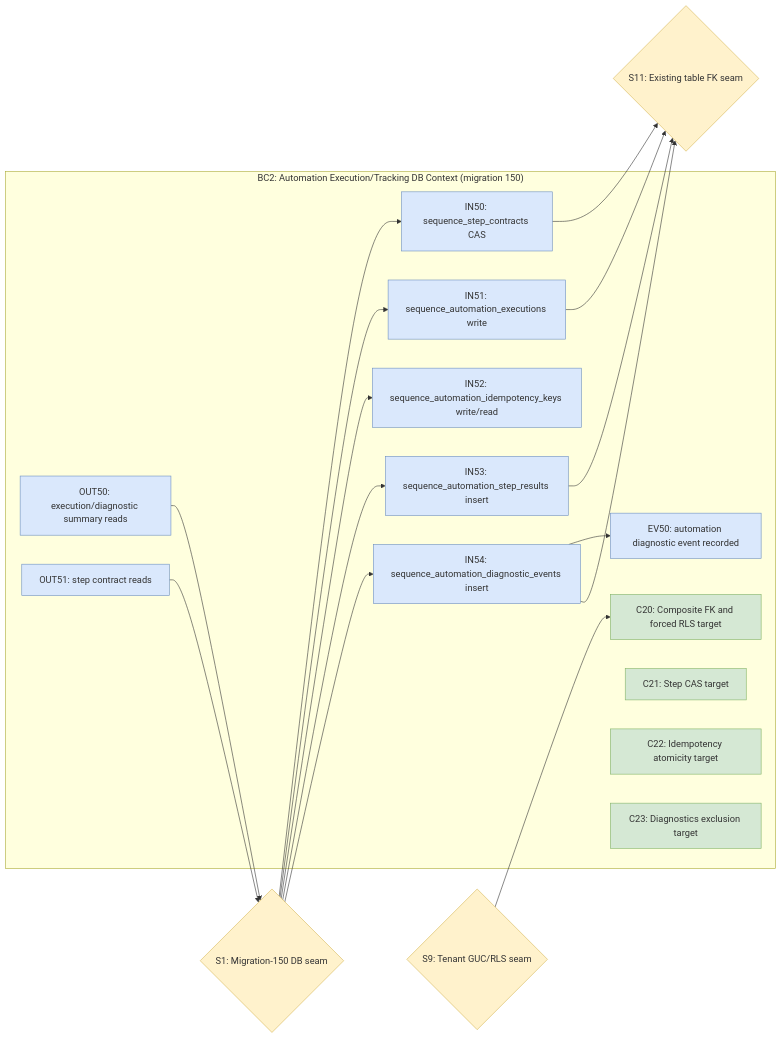
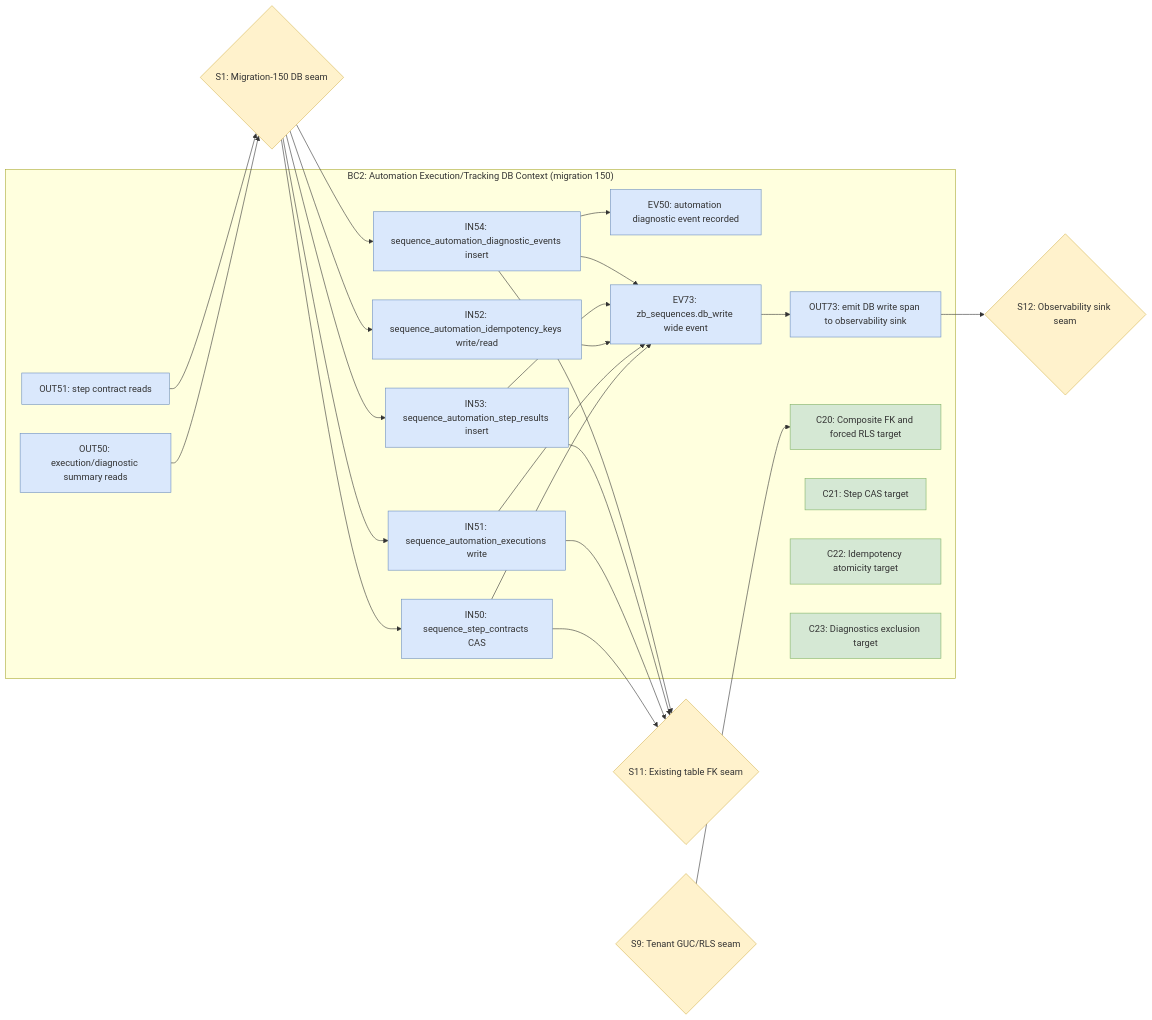
The fourth of 6 diagrams in thoughts/searchable/shared/plans/2026-07-10-zb-sequences-v1-bridge-spec.md (tha-hammer/zigBrowser), drawn with Mermaid before and after one commit. The commit also changed other lines of this file, not shown here.

Commit message:
Add observability to bridge spec

````diff
--- a/thoughts/searchable/shared/plans/2026-07-10-zb-sequences-v1-bridge-spec.md
+++ b/thoughts/searchable/shared/plans/2026-07-10-zb-sequences-v1-bridge-spec.md
@@ -1879,40 +2042,50 @@
 ```mermaid
 graph LR
     classDef iface fill:#dae8fc,stroke:#6c8ebf
     classDef contract fill:#d5e8d4,stroke:#82b366
     classDef seam fill:#fff2cc,stroke:#d6b656
     classDef gap fill:#f8cecc,stroke:#b85450
 
     subgraph BC2["BC2: Automation Execution/Tracking DB Context (migration 150)"]
         IN50["IN50: sequence_step_contracts CAS"]:::iface
         IN51["IN51: sequence_automation_executions write"]:::iface
         IN52["IN52: sequence_automation_idempotency_keys write/read"]:::iface
         IN53["IN53: sequence_automation_step_results insert"]:::iface
         IN54["IN54: sequence_automation_diagnostic_events insert"]:::iface
         OUT50["OUT50: execution/diagnostic summary reads"]:::iface
         OUT51["OUT51: step contract reads"]:::iface
         EV50["EV50: automation diagnostic event recorded"]:::iface
+        OUT73["OUT73: emit DB write span to observability sink"]:::iface
+        EV73["EV73: zb_sequences.db_write wide event"]:::iface
         C20["C20: Composite FK and forced RLS target"]:::contract
         C21["C21: Step CAS target"]:::contract
         C22["C22: Idempotency atomicity target"]:::contract
         C23["C23: Diagnostics exclusion target"]:::contract
     end
 
     S1{"S1: Migration-150 DB seam"}:::seam
     S9{"S9: Tenant GUC/RLS seam"}:::seam
     S11{"S11: Existing table FK seam"}:::seam
+    S12{"S12: Observability sink seam"}:::seam
 
     S1 --> IN50
     S1 --> IN51
     S1 --> IN52
     S1 --> IN53
     S1 --> IN54
     OUT50 --> S1
     OUT51 --> S1
     S9 --> C20
     IN54 --> EV50
     IN50 --> S11
     IN51 --> S11
     IN53 --> S11
     IN54 --> S11
+    IN50 --> EV73
+    IN51 --> EV73
+    IN52 --> EV73
+    IN53 --> EV73
+    IN54 --> EV73
+    EV73 --> OUT73
+    OUT73 --> S12
 ```
````
